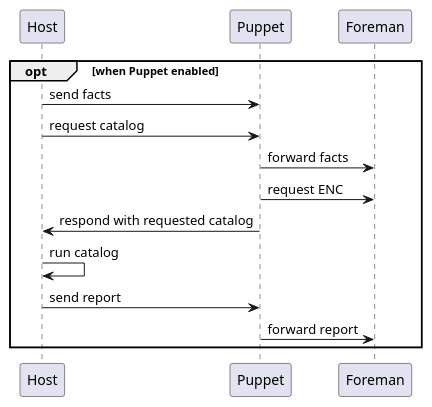
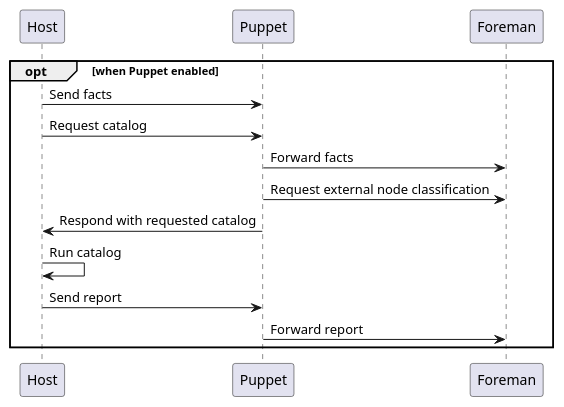
One commit to theforeman/foreman-documentation changed the diagram in guides/image-sources/puppet-run.iuml. Above: the diagram before and after it, drawn with PlantUML. The commit also changed 6 other files, not shown here.

```diff
--- a/guides/image-sources/puppet-run.iuml
+++ b/guides/image-sources/puppet-run.iuml
@@ -1,10 +1,10 @@
 opt when Puppet enabled
-   Host -> Puppet : send facts
-   Host -> Puppet : request catalog
-   Puppet -> Foreman : forward facts
-   Puppet -> Foreman : request ENC
-   Puppet -> Host : respond with requested catalog
-   Host -> Host : run catalog
-   Host -> Puppet : send report
-   Puppet -> Foreman : forward report
+   Host -> Puppet : Send facts
+   Host -> Puppet : Request catalog
+   Puppet -> Foreman : Forward facts
+   Puppet -> Foreman : Request external node classification
+   Puppet -> Host : Respond with requested catalog
+   Host -> Host : Run catalog
+   Host -> Puppet : Send report
+   Puppet -> Foreman : Forward report
 end
```
